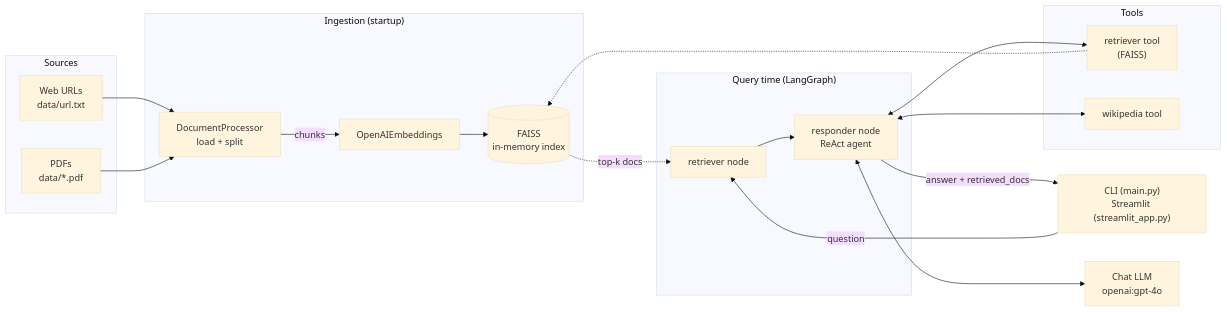
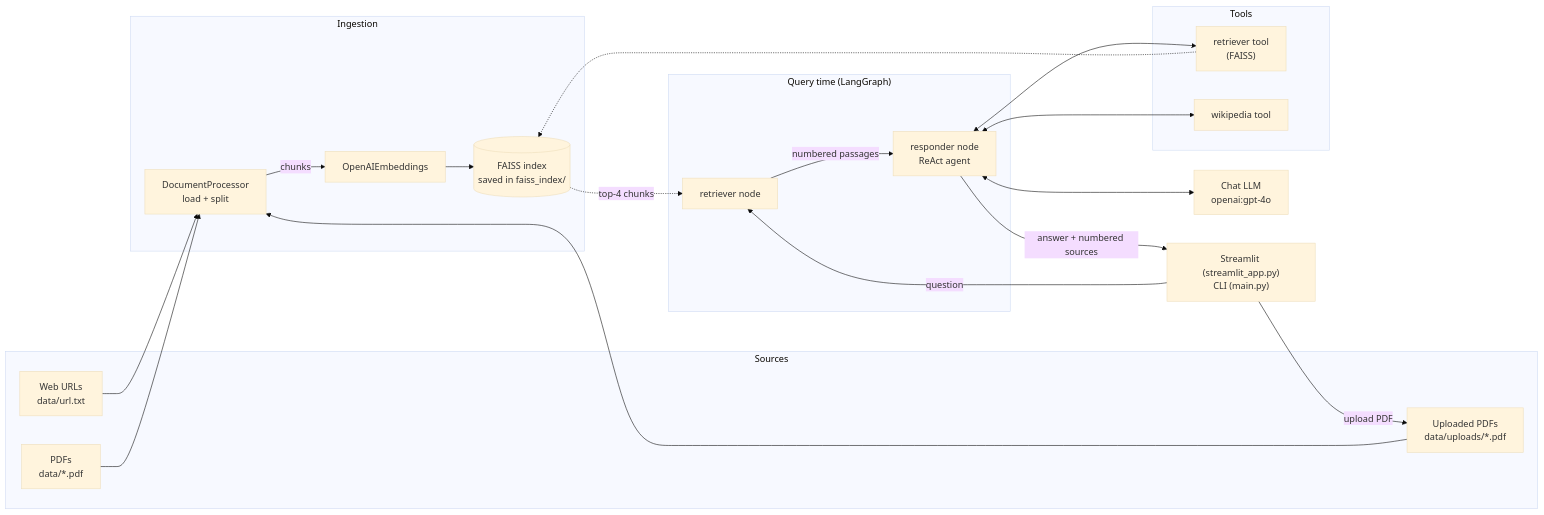
Before and after one commit to AdithyaHrudai/rag1: the first of 5 diagrams in README.md, drawn with Mermaid (base theme). The commit also changed other lines of this file, not shown here.

Commit message:
Update README for PDF upload, saved index and citations

````diff
--- a/README.md
+++ b/README.md
@@ -54,38 +58,41 @@
 ```mermaid
 flowchart LR
     subgraph Sources
         U["Web URLs<br/>data/url.txt"]
         P["PDFs<br/>data/*.pdf"]
+        UP["Uploaded PDFs<br/>data/uploads/*.pdf"]
     end
 
-    subgraph Ingestion["Ingestion (startup)"]
+    subgraph Ingestion["Ingestion"]
         DP["DocumentProcessor<br/>load + split"]
         EMB["OpenAIEmbeddings"]
-        VS[("FAISS<br/>in-memory index")]
+        VS[("FAISS index<br/>saved in faiss_index/")]
     end
 
     subgraph Query["Query time (LangGraph)"]
         R["retriever node"]
         A["responder node<br/>ReAct agent"]
     end
 
     subgraph Tools
         T1["retriever tool<br/>(FAISS)"]
         T2["wikipedia tool"]
     end
 
-    UI["CLI (main.py)<br/>Streamlit (streamlit_app.py)"]
+    UI["Streamlit (streamlit_app.py)<br/>CLI (main.py)"]
     LLM["Chat LLM<br/>openai:gpt-4o"]
 
     U --> DP
     P --> DP
+    UP --> DP
+    UI -->|upload PDF| UP
     DP -->|chunks| EMB --> VS
     UI -->|question| R
-    VS -. top-k docs .-> R
-    R --> A
+    VS -. top-4 chunks .-> R
+    R -->|numbered passages| A
     A <--> LLM
     A <--> T1
     A <--> T2
     T1 -.-> VS
-    A -->|answer + retrieved_docs| UI
+    A -->|answer + numbered sources| UI
 ```
````
